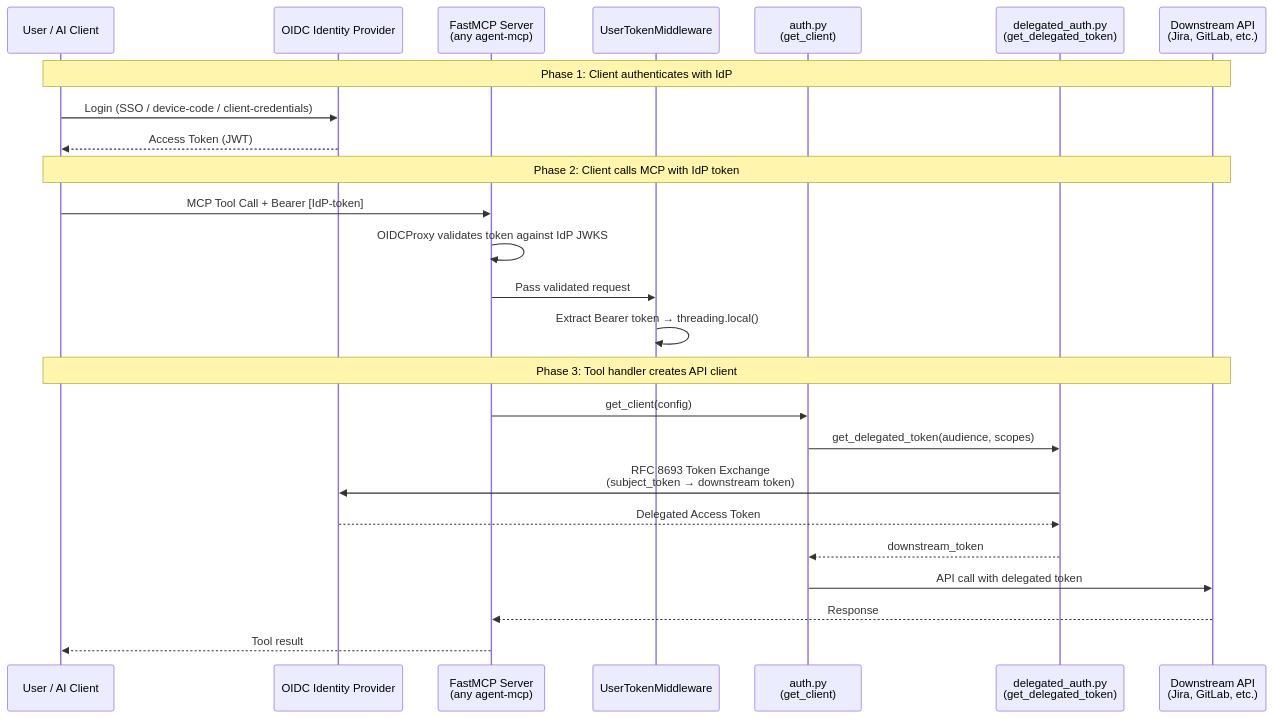
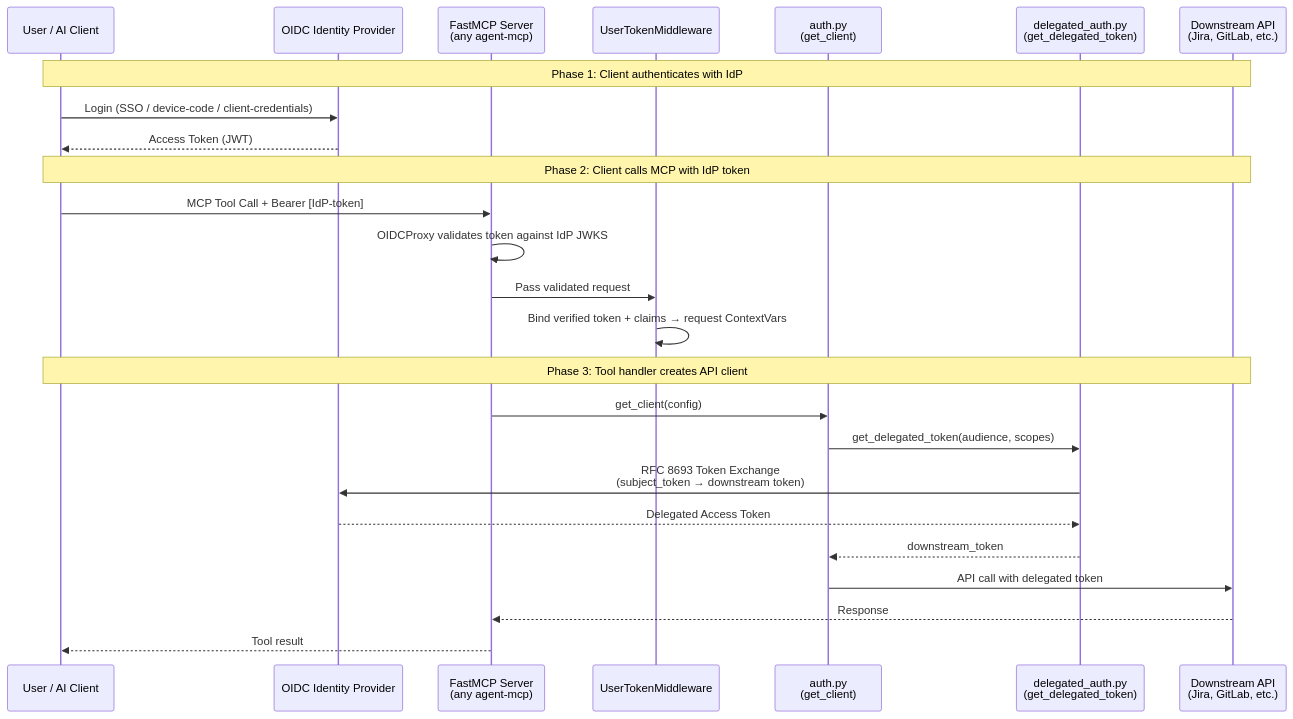
The first of 4 diagrams in docs/guides/oauth_sso.md (Knuckles-Team/agent-utilities), drawn with Mermaid before and after one commit. The commit also changed other lines of this file and 3818 other files, not shown here.

````diff
--- a/docs/guides/oauth_sso.md
+++ b/docs/guides/oauth_sso.md
@@ -23,30 +23,30 @@
 ```mermaid
 sequenceDiagram
     participant User as User / AI Client
     participant IdP as OIDC Identity Provider
     participant MCP as FastMCP Server<br/>(any agent-mcp)
     participant MW as UserTokenMiddleware
     participant Auth as auth.py<br/>(get_client)
     participant Helper as delegated_auth.py<br/>(get_delegated_token)
     participant API as Downstream API<br/>(Jira, GitLab, etc.)
 
     Note over User,API: Phase 1: Client authenticates with IdP
     User->>IdP: Login (SSO / device-code / client-credentials)
     IdP-->>User: Access Token (JWT)
 
     Note over User,API: Phase 2: Client calls MCP with IdP token
     User->>MCP: MCP Tool Call + Bearer [IdP-token]
     MCP->>MCP: OIDCProxy validates token against IdP JWKS
     MCP->>MW: Pass validated request
-    MW->>MW: Extract Bearer token → threading.local()
+    MW->>MW: Bind verified token + claims → request ContextVars
 
     Note over User,API: Phase 3: Tool handler creates API client
     MCP->>Auth: get_client(config)
     Auth->>Helper: get_delegated_token(audience, scopes)
     Helper->>IdP: RFC 8693 Token Exchange<br/>(subject_token → downstream token)
     IdP-->>Helper: Delegated Access Token
     Helper-->>Auth: downstream_token
     Auth->>API: API call with delegated token
     API-->>MCP: Response
     MCP-->>User: Tool result
 ```
````
